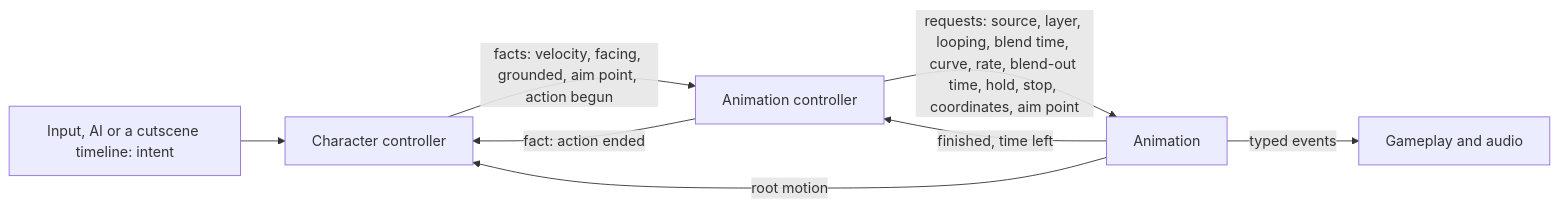
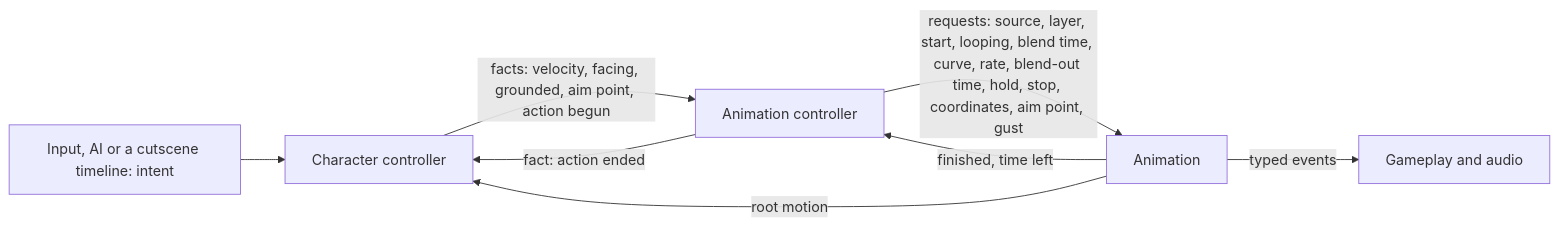
The fourth of 4 diagrams in docs/architecture/animation.md (plainsight-systems/bullet-witch), drawn with Mermaid before and after one commit. The commit also changed other lines of this file and 1 other file, not shown here.

````diff
--- a/docs/architecture/animation.md
+++ b/docs/architecture/animation.md
@@ -253,10 +279,10 @@
 ```mermaid
 flowchart LR
     IN["Input, AI or a cutscene timeline: intent"] --> CC["Character controller"]
     CC -- "facts: velocity, facing, grounded, aim point, action begun" --> AC["Animation controller"]
-    AC -- "requests: source, layer, looping, blend time, curve, rate, blend-out time, hold, stop, coordinates, aim point" --> AN["Animation"]
+    AC -- "requests: source, layer, start, looping, blend time, curve, rate, blend-out time, hold, stop, coordinates, aim point, gust" --> AN["Animation"]
     AN -- "finished, time left" --> AC
     AC -- "fact: action ended" --> CC
     AN -- "root motion" --> CC
     AN -- "typed events" --> GP["Gameplay and audio"]
 ```
````
